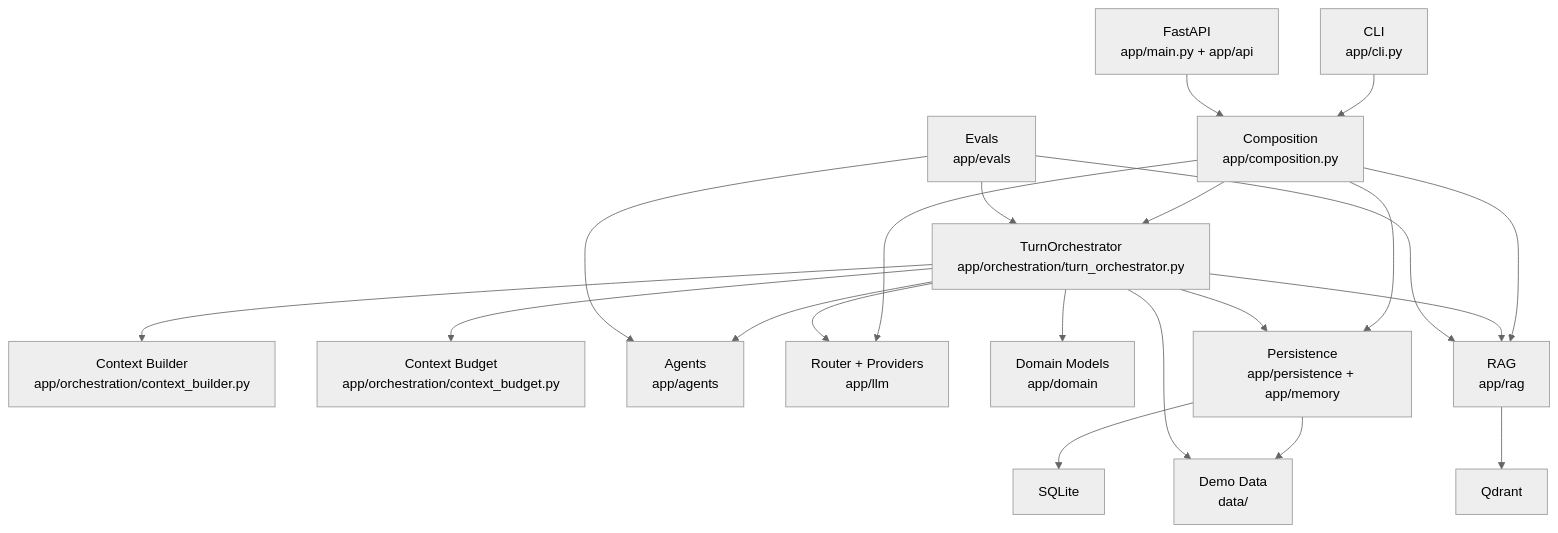
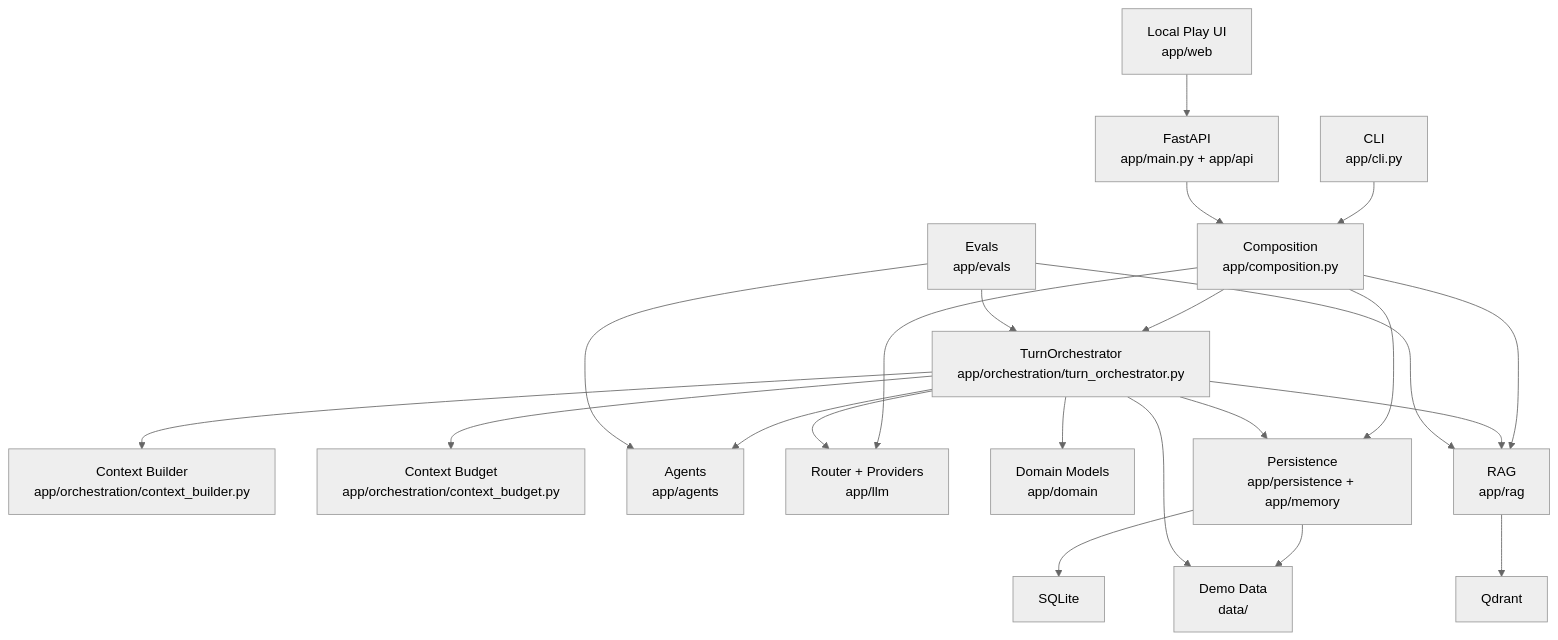
One commit to hofdo/RoleRAG_POC changed the diagram in docs/09_current_architecture_map.md. Above: the diagram before and after it, drawn with Mermaid (neutral theme). The commit also changed other lines of this file and 22 other files, not shown here.

````diff
--- a/docs/09_current_architecture_map.md
+++ b/docs/09_current_architecture_map.md
@@ -9,39 +9,41 @@
 ```mermaid
 graph TD
     CLI["CLI<br/>app/cli.py"]
     API["FastAPI<br/>app/main.py + app/api"]
+    WEB["Local Play UI<br/>app/web"]
     COMP["Composition<br/>app/composition.py"]
     ORCH["TurnOrchestrator<br/>app/orchestration/turn_orchestrator.py"]
     CTX["Context Builder<br/>app/orchestration/context_builder.py"]
     BUDGET["Context Budget<br/>app/orchestration/context_budget.py"]
     AGENTS["Agents<br/>app/agents"]
     ROUTER["Router + Providers<br/>app/llm"]
     DOMAIN["Domain Models<br/>app/domain"]
     PERSIST["Persistence<br/>app/persistence + app/memory"]
     RAG["RAG<br/>app/rag"]
     EVALS["Evals<br/>app/evals"]
     DATA["Demo Data<br/>data/"]
     SQLITE["SQLite"]
     QDRANT["Qdrant"]
 
     CLI --> COMP
     API --> COMP
+    WEB --> API
     COMP --> ORCH
     COMP --> ROUTER
     COMP --> PERSIST
     COMP --> RAG
     ORCH --> DOMAIN
     ORCH --> CTX
     ORCH --> BUDGET
     ORCH --> AGENTS
     ORCH --> ROUTER
     ORCH --> PERSIST
     ORCH --> RAG
     PERSIST --> SQLITE
     RAG --> QDRANT
     PERSIST --> DATA
     ORCH --> DATA
     EVALS --> ORCH
     EVALS --> AGENTS
     EVALS --> RAG
 ```
````
